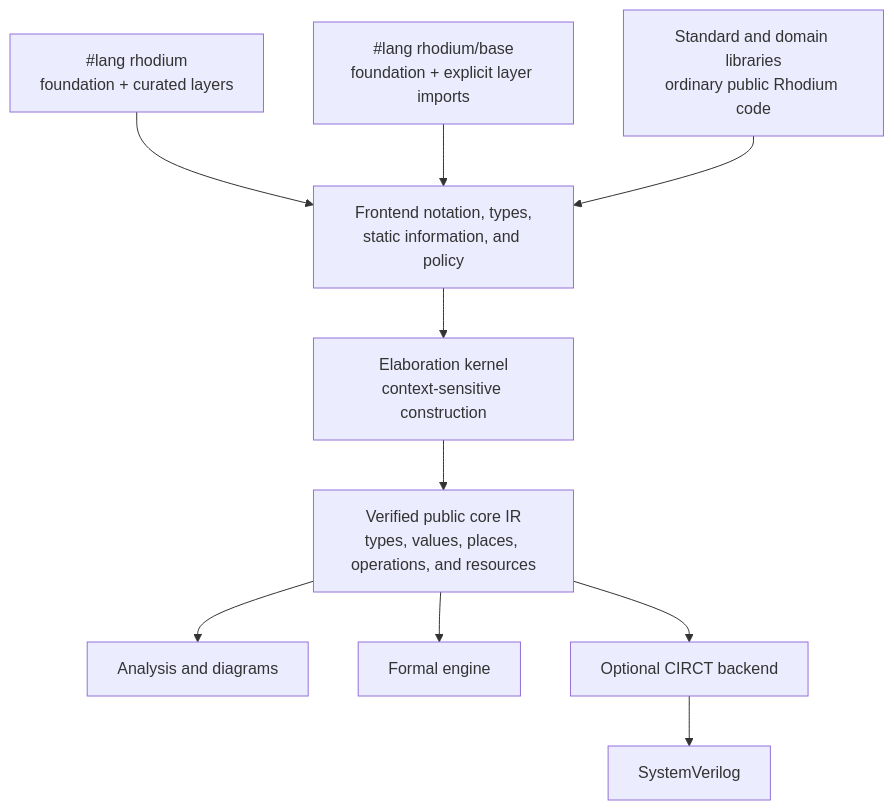
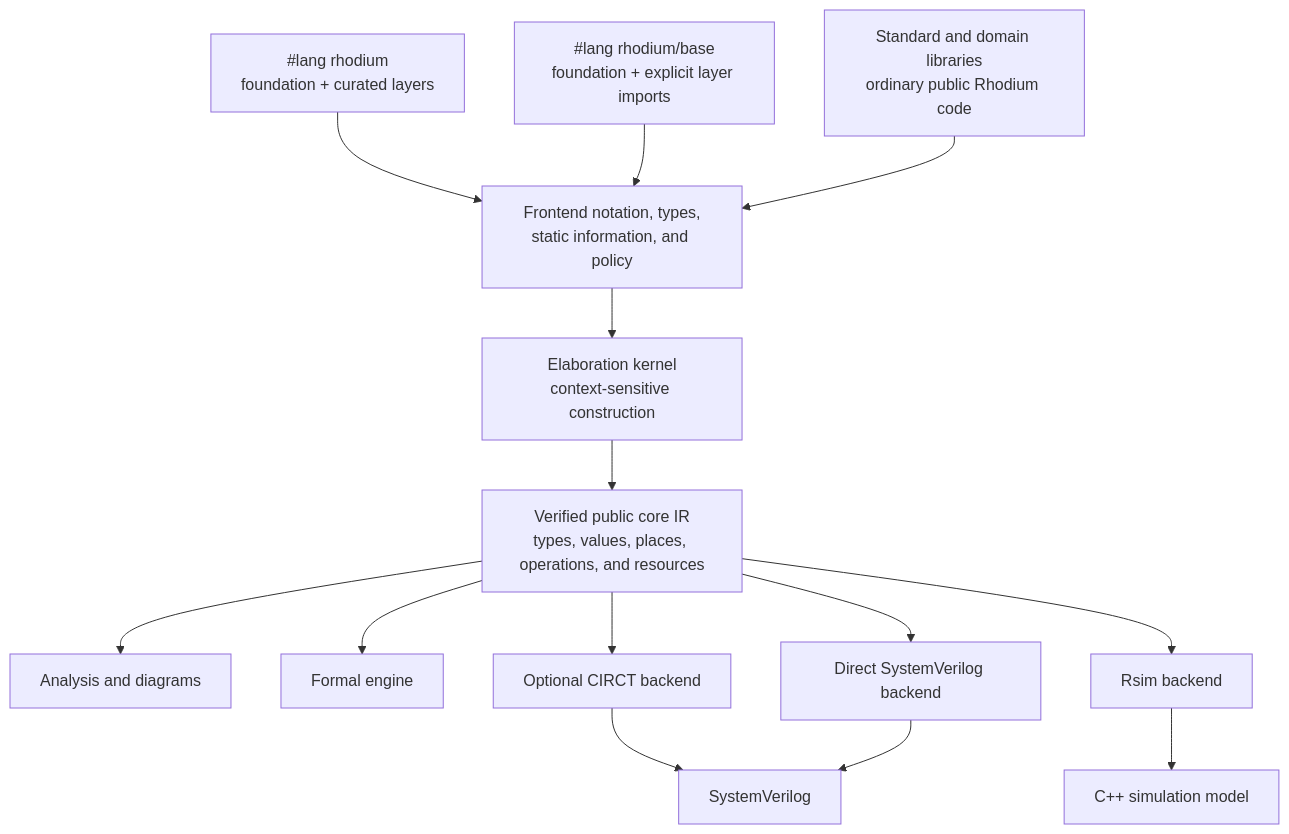
Before and after one commit to jerryz123/rhodium: the diagram in README.md, drawn with Mermaid. The commit also changed other lines of this file, not shown here.

````diff
--- a/README.md
+++ b/README.md
@@ -127,23 +137,30 @@
 ```mermaid
 flowchart TB
     standard["#lang rhodium<br/>foundation + curated layers"]
     base["#lang rhodium/base<br/>foundation + explicit layer imports"]
     libraries["Standard and domain libraries<br/>ordinary public Rhodium code"]
     frontend["Frontend notation, types,<br/>static information, and policy"]
     kernel["Elaboration kernel<br/>context-sensitive construction"]
     core["Verified public core IR<br/>types, values, places, operations, and resources"]
     analysis["Analysis and diagrams"]
     formal["Formal engine"]
     circt["Optional CIRCT backend"]
+    direct["Direct SystemVerilog backend"]
+    rsim["Rsim backend"]
     sv["SystemVerilog"]
+    cpp["C++ simulation model"]
 
     standard --> frontend
     base --> frontend
     libraries --> frontend
     frontend --> kernel
     kernel --> core
     core --> analysis
     core --> formal
     core --> circt
+    core --> direct
+    core --> rsim
     circt --> sv
+    direct --> sv
+    rsim --> cpp
 ```
````
